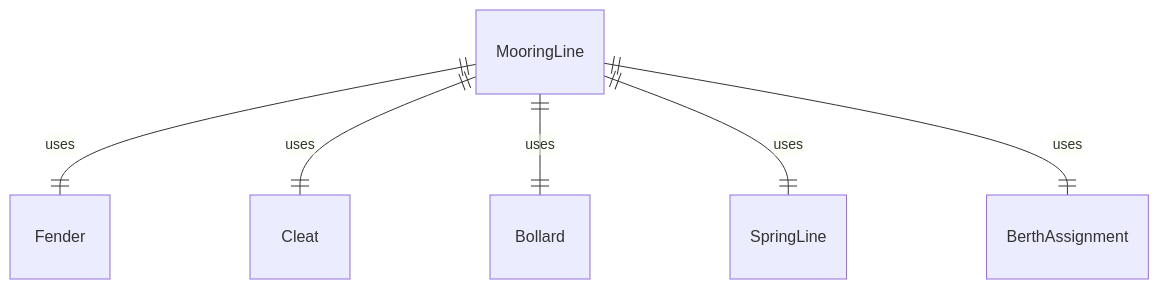
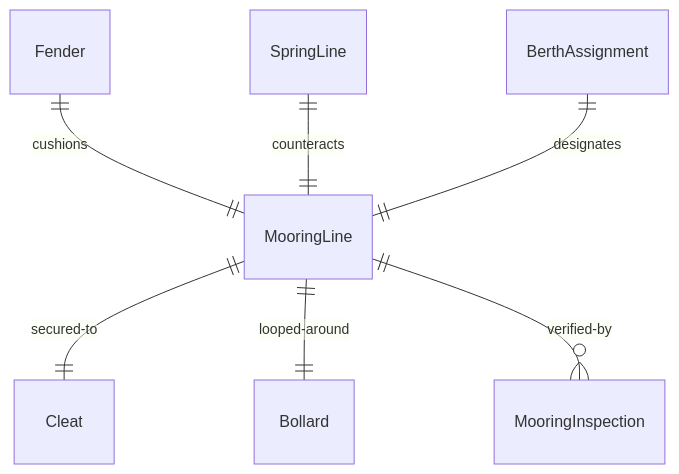
Before and after one commit to dot-org-ai/tasks.org.ai: the first of 4 diagrams in HandlingAndMovingObjects/TendWatercraft/SecureWatercraftDocksWharvesVessels.mdx, drawn with Mermaid. The commit also changed other lines of this file and 515 other files, not shown here.

````diff
--- a/HandlingAndMovingObjects/TendWatercraft/SecureWatercraftDocksWharvesVessels.mdx
+++ b/HandlingAndMovingObjects/TendWatercraft/SecureWatercraftDocksWharvesVessels.mdx
@@ -89,8 +89,9 @@
 ```mermaid
 erDiagram
-    MooringLine ||--|| Fender : "uses"
-    MooringLine ||--|| Cleat : "uses"
-    MooringLine ||--|| Bollard : "uses"
-    MooringLine ||--|| SpringLine : "uses"
-    MooringLine ||--|| BerthAssignment : "uses"
+    MooringLine ||--|| Cleat : "secured-to"
+    MooringLine ||--|| Bollard : "looped-around"
+    Fender ||--|| MooringLine : "cushions"
+    SpringLine ||--|| MooringLine : "counteracts"
+    BerthAssignment ||--|| MooringLine : "designates"
+    MooringLine ||--o{ MooringInspection : "verified-by"
 ```
````
